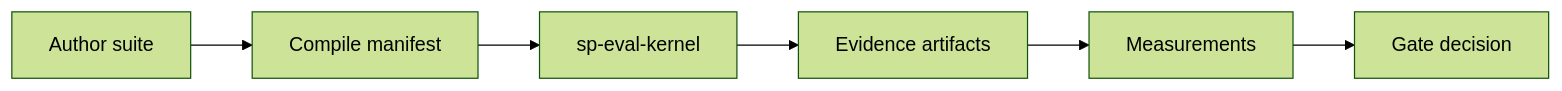
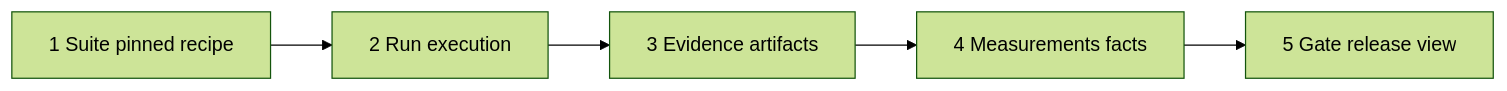
Before and after one commit to softprobe/document-website: the first of 6 diagrams in en/evaluation/mental-model.md, drawn with Mermaid (forest theme). The commit also changed other lines of this file and 37 other files, not shown here.

First line of the commit message:
docs(evaluation): customer-facing examples + architecture diagrams

````diff
--- a/en/evaluation/mental-model.md
+++ b/en/evaluation/mental-model.md
@@ -71,11 +15,9 @@
 ```mermaid
 flowchart LR
-  Author[Author suite]
-  Compile[Compile manifest]
-  Kernel[sp-eval-kernel]
-  Evidence[Evidence artifacts]
-  Meas[Measurements]
-  Gate[Gate decision]
-  Author --> Compile --> Kernel
-  Kernel --> Evidence --> Meas --> Gate
+  Suite[1 Suite pinned recipe]
+  Run[2 Run execution]
+  Evidence[3 Evidence artifacts]
+  Meas[4 Measurements facts]
+  Gate[5 Gate release view]
+  Suite --> Run --> Evidence --> Meas --> Gate
 ```
````
